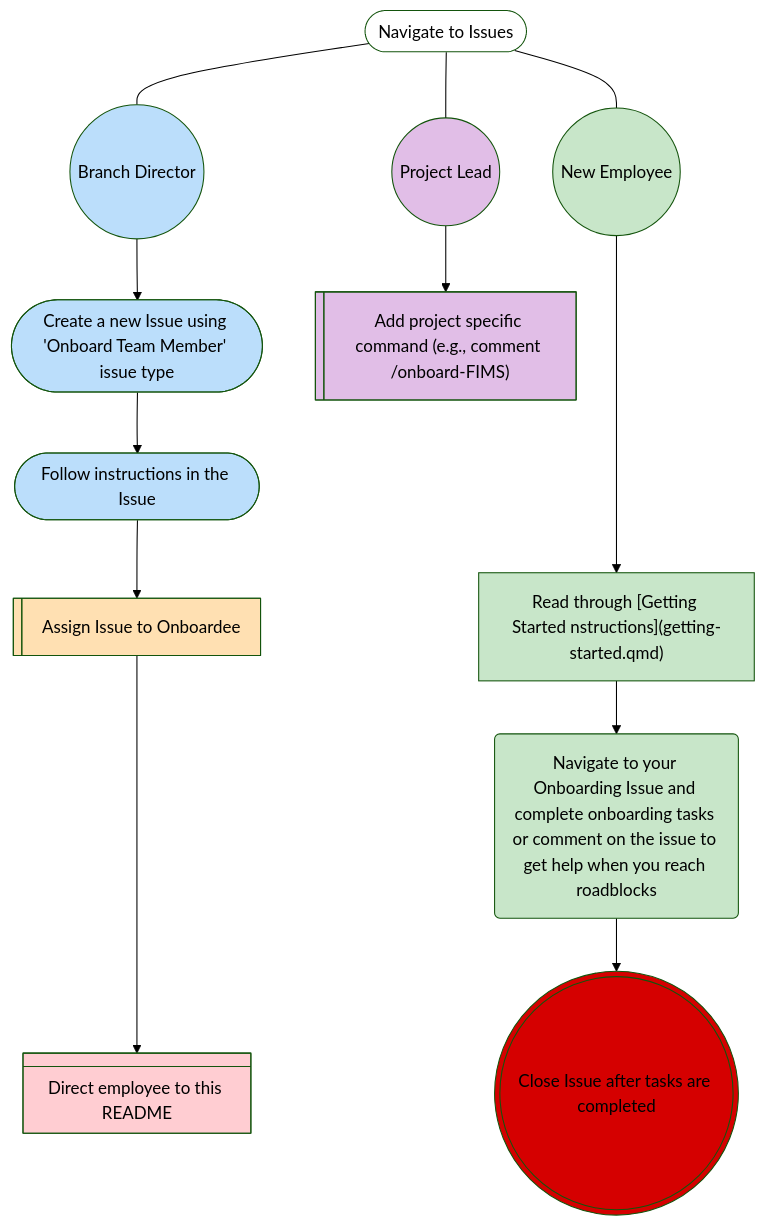
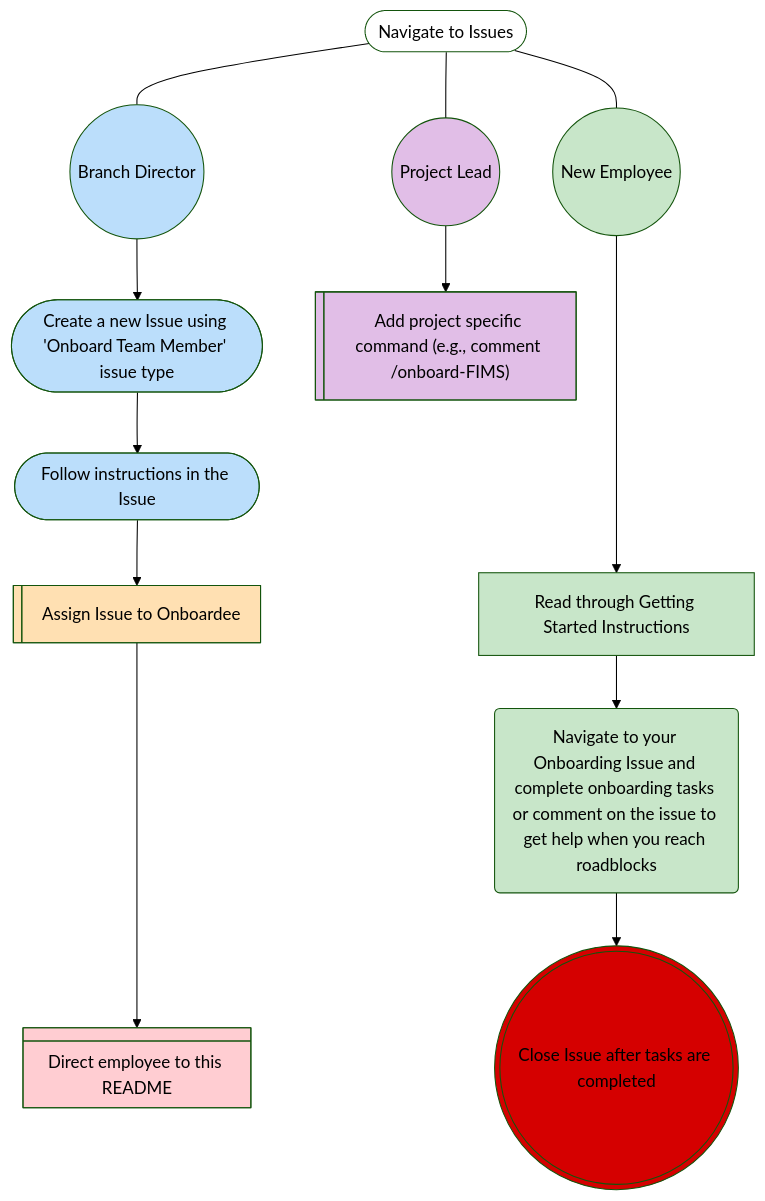
The diagram in getting-started.qmd (nmfs-ost/on-off-boarding), drawn with Mermaid (forest theme) before and after one commit. The commit also changed other lines of this file, not shown here.

Commit message:
fix mermaid links

````diff
--- a/getting-started.qmd
+++ b/getting-started.qmd
@@ -22,30 +23,31 @@
 ```mermaid
 flowchart TD;
     A(["Navigate to Issues"]) --- A0(("Branch Director")) & A1(("New Employee")) & PL(("Project Lead"));
     A0 --> B(["Create a new Issue using 'Onboard Team Member' issue type"]);
-    A1 ----> G["Read through [Getting Started nstructions](getting-started.qmd)"];
+    A1 ----> G["Read through Getting Started Instructions"];
     B --> C(["Follow instructions in the Issue"]);
     C --> E["Assign Issue to Onboardee"];
     PL --> D["Add project specific command (e.g., comment /onboard-FIMS)"];
     G --> new("Navigate to your Onboarding Issue and complete onboarding tasks or comment on the issue to get help when you reach roadblocks");
     new --> F["Close Issue after tasks are completed"];
     E ---> H["Direct employee to this README"];
 
     E@{ shape: lin-rect};
     D@{ shape: lin-rect};
     F@{ shape: dbl-circ};
     H@{ shape: div-rect};
     style A fill:transparent;
     style A0 fill:#BBDEFB;
     style A1 fill:#C8E6C9;
     style PL fille:#F54927,fill:#E1BEE7,color:none;
     style B fill:#BBDEFB;
     style G fill:#C8E6C9;
     style C fill:#BBDEFB;
     style E fill:#FFE0B2;
     style D fill:#E1BEE7;
     style new fill:#C8E6C9;
     style F fill:#D50000;
     style H fill:#FFCDD2;
     click A "https://github.com/nmfs-ost/on-off-boarding/issues";
+    click G "/getting-started.qmd";
 ```
````
